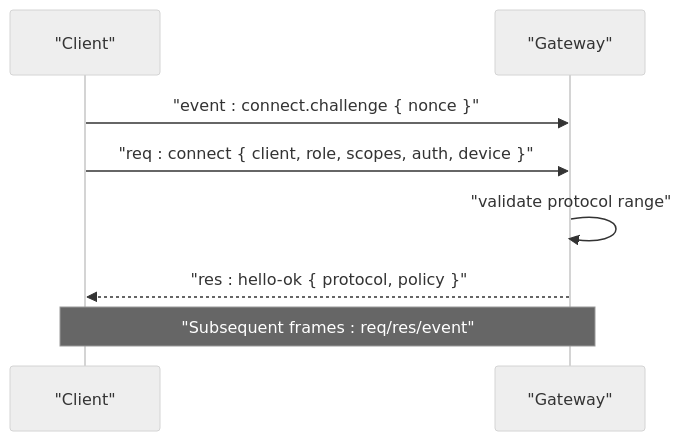
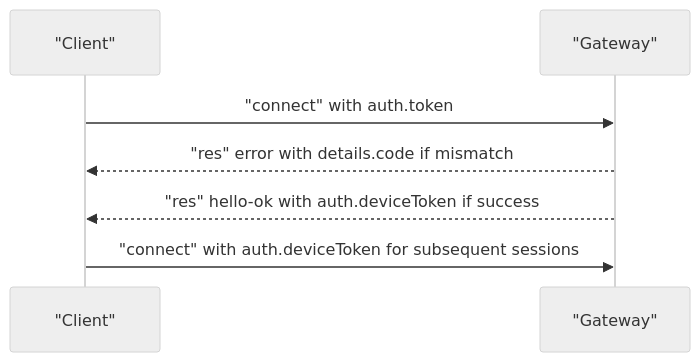
One commit to botx-work/OpenClaw-Internals changed the fourth of 7 diagrams in repowiki/en/content/API Reference/API Reference.md. Above: the diagram before and after it, drawn with Mermaid (neutral theme). The commit also changed other lines of this file and 332 other files, not shown here.

````diff
--- a/repowiki/en/content/API Reference/API Reference.md
+++ b/repowiki/en/content/API Reference/API Reference.md
@@ -172,10 +152,9 @@
 ```mermaid
 sequenceDiagram
-participant C as "Client"
-participant S as "Gateway"
-C->>S : "event : connect.challenge { nonce }"
-C->>S : "req : connect { client, role, scopes, auth, device }"
-S->>S : "validate protocol range"
-S-->>C : "res : hello-ok { protocol, policy }"
-Note over C,S : "Subsequent frames : req/res/event"
+participant Client as "Client"
+participant GW as "Gateway"
+Client->>GW : "connect" with auth.token
+GW-->>Client : "res" error with details.code if mismatch
+GW-->>Client : "res" hello-ok with auth.deviceToken if success
+Client->>GW : "connect" with auth.deviceToken for subsequent sessions
 ```
````
